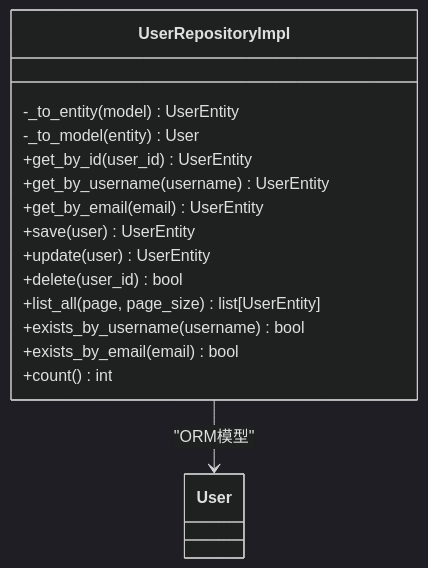
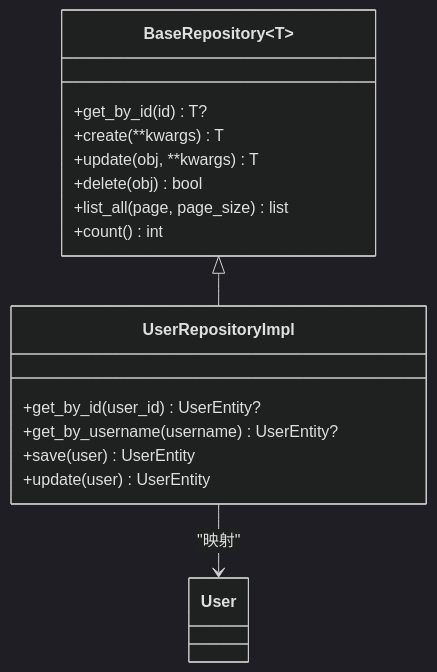
The sixth of 7 diagrams in .qoder/repowiki/zh/content/架构设计/DDD 分层架构.md (taoweidong/Hello-Django-Ninja-Api), drawn with Mermaid (dark theme) before and after one commit. The commit also changed other lines of this file and 106 other files, not shown here.

````diff
--- a/.qoder/repowiki/zh/content/架构设计/DDD 分层架构.md
+++ b/.qoder/repowiki/zh/content/架构设计/DDD 分层架构.md
@@ -300,19 +266,20 @@
 ```mermaid
 classDiagram
+class BaseRepository~T~ {
++get_by_id(id) T?
++create(**kwargs) T
++update(obj, **kwargs) T
++delete(obj) bool
++list_all(page, page_size) list
++count() int
+}
 class UserRepositoryImpl {
--_to_entity(model) UserEntity
--_to_model(entity) User
-+get_by_id(user_id) UserEntity
-+get_by_username(username) UserEntity
-+get_by_email(email) UserEntity
++get_by_id(user_id) UserEntity?
++get_by_username(username) UserEntity?
 +save(user) UserEntity
 +update(user) UserEntity
-+delete(user_id) bool
-+list_all(page, page_size) list[UserEntity]
-+exists_by_username(username) bool
-+exists_by_email(email) bool
-+count() int
 }
 class User
-UserRepositoryImpl --> User : "ORM模型"
+BaseRepository <|-- UserRepositoryImpl
+UserRepositoryImpl --> User : "映射"
 ```
````
